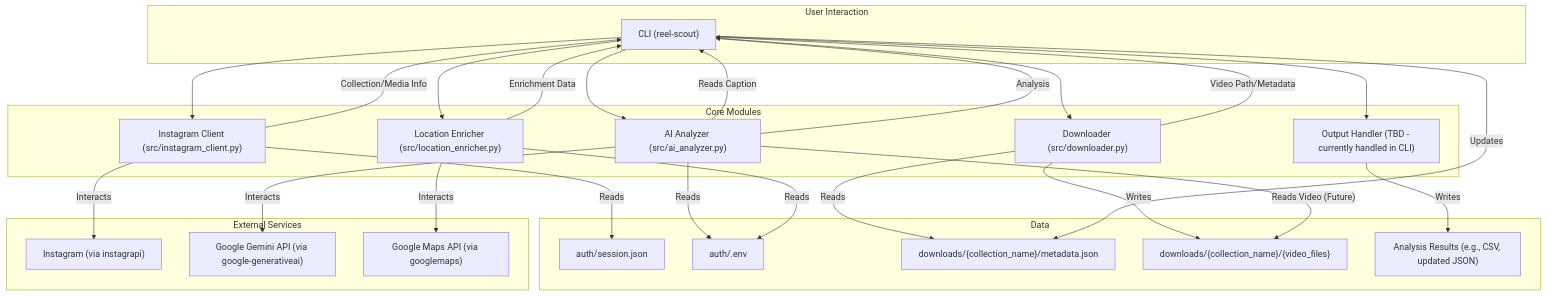
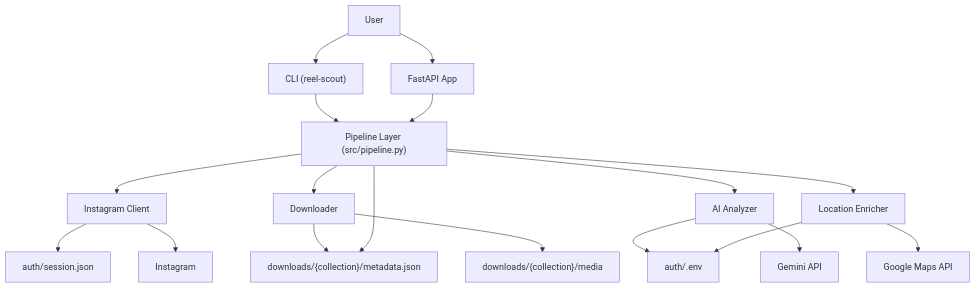
Before and after one commit to camilozano/ReelScout: the diagram in memory-bank/systemPatterns.md, drawn with Mermaid. The commit also changed other lines of this file and 4 other files, not shown here.

````diff
--- a/memory-bank/systemPatterns.md
+++ b/memory-bank/systemPatterns.md
@@ -7,55 +7,36 @@
 ```mermaid
 graph TD
-    subgraph User_Interaction["User Interaction"]
-        A["CLI (reel-scout)"]
-    end
+    U["User"]
+    CLI["CLI (reel-scout)"]
+    WEB["FastAPI App"]
+    PIPE["Pipeline Layer (src/pipeline.py)"]
+    IG["Instagram Client"]
+    DL["Downloader"]
+    AI["AI Analyzer"]
+    MAPS["Location Enricher"]
+    META["downloads/{collection}/metadata.json"]
+    MEDIA["downloads/{collection}/media"]
+    ENV["auth/.env"]
+    SESSION["auth/session.json"]
+    INSTAGRAM["Instagram"]
+    GEMINI["Gemini API"]
+    GMAPS["Google Maps API"]
 
-    subgraph Core_Modules["Core Modules"]
-        B["Instagram Client (src/instagram_client.py)"]
-        C["Downloader (src/downloader.py)"]
-        D["AI Analyzer (src/ai_analyzer.py)"]
-        LE["Location Enricher (src/location_enricher.py)"]
-        E["Output Handler (TBD - currently handled in CLI)"]
-    end
-
-    subgraph Data["Data"]
-        F["auth/session.json"]
-        G["auth/.env"]
-        H["downloads/{collection_name}/metadata.json"]
-        I["downloads/{collection_name}/{video_files}"]
-        J["Analysis Results (e.g., CSV, updated JSON)"]
-    end
-
-    subgraph External_Services["External Services"]
-        K["Instagram (via instagrapi)"]
-        L["Google Gemini API (via google-generativeai)"]
-        GMaps["Google Maps API (via googlemaps)"]
-    end
-
-    A --> B
-    A --> C
-    A --> D
-    A --> LE
-    A --> E
-
-    B -->|Reads| F
-    B -->|Interacts| K
-    B -->|Collection/Media Info| A
-
-    C -->|Reads| H
-    C -->|Writes| I
-    C -->|Video Path/Metadata| A
-
-    D -->|Reads| G
-    D -->|Reads Caption| A
-    D -->|"Reads Video (Future)"| I
-    D -->|Interacts| L
-    D -->|Analysis| A
-
-    LE -->|Reads| G
-    LE -->|Interacts| GMaps
-    LE -->|Enrichment Data| A
-
-    A -->|Updates| H
-    E -->|Writes| J
+    U --> CLI
+    U --> WEB
+    CLI --> PIPE
+    WEB --> PIPE
+    PIPE --> IG
+    PIPE --> DL
+    PIPE --> AI
+    PIPE --> MAPS
+    IG --> SESSION
+    IG --> INSTAGRAM
+    DL --> META
+    DL --> MEDIA
+    AI --> ENV
+    AI --> GEMINI
+    MAPS --> ENV
+    MAPS --> GMAPS
+    PIPE --> META
 ```
````
